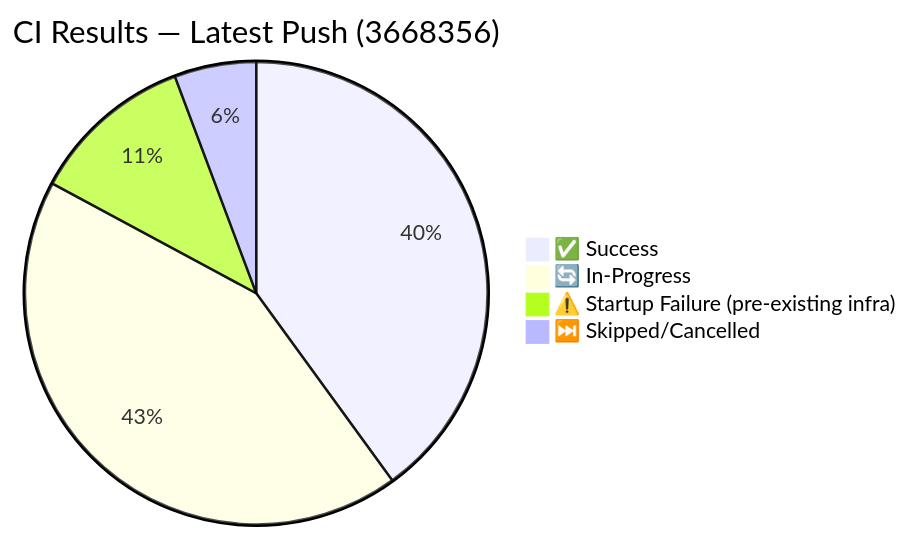
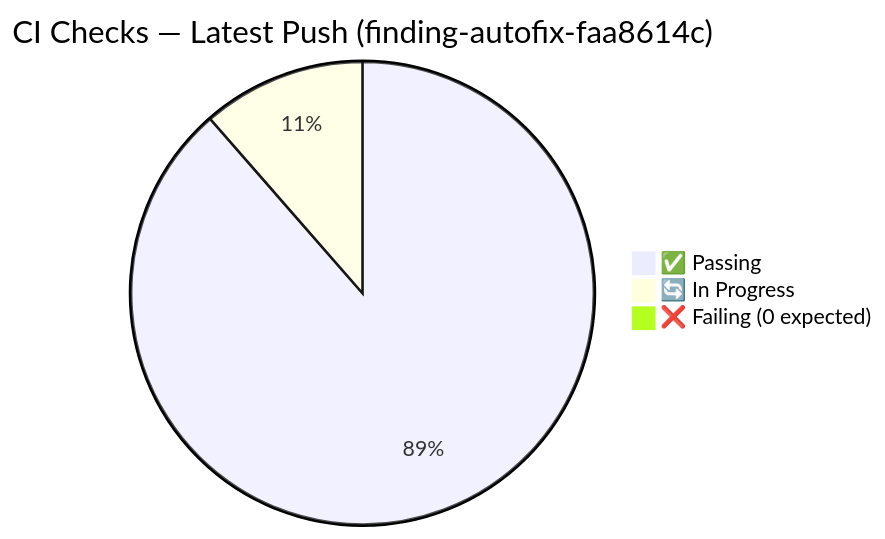
The sixth of 9 diagrams in docs/sessions/PR4346_session_diagram.md (Aries-Serpent/_codex_), drawn with Mermaid before and after one commit. The commit also changed other lines of this file and 8 other files, not shown here.

First line of the commit message:
fix(ci): actionlint+CodeQL — self-healing restructure, env-var injection fix, WEC dispatch+approve, living docs v3 (9 Mermaid diagrams)

````diff
--- a/docs/sessions/PR4346_session_diagram.md
+++ b/docs/sessions/PR4346_session_diagram.md
@@ -180,7 +163,6 @@
 ```mermaid
-pie title CI Results — Latest Push (3668356)
-    "✅ Success" : 14
-    "🔄 In-Progress" : 15
-    "⚠️ Startup Failure (pre-existing infra)" : 4
-    "⏭️ Skipped/Cancelled" : 2
+pie title CI Checks — Latest Push (finding-autofix-faa8614c)
+    "✅ Passing" : 31
+    "🔄 In Progress" : 4
+    "❌ Failing (0 expected)" : 0
 ```
````
